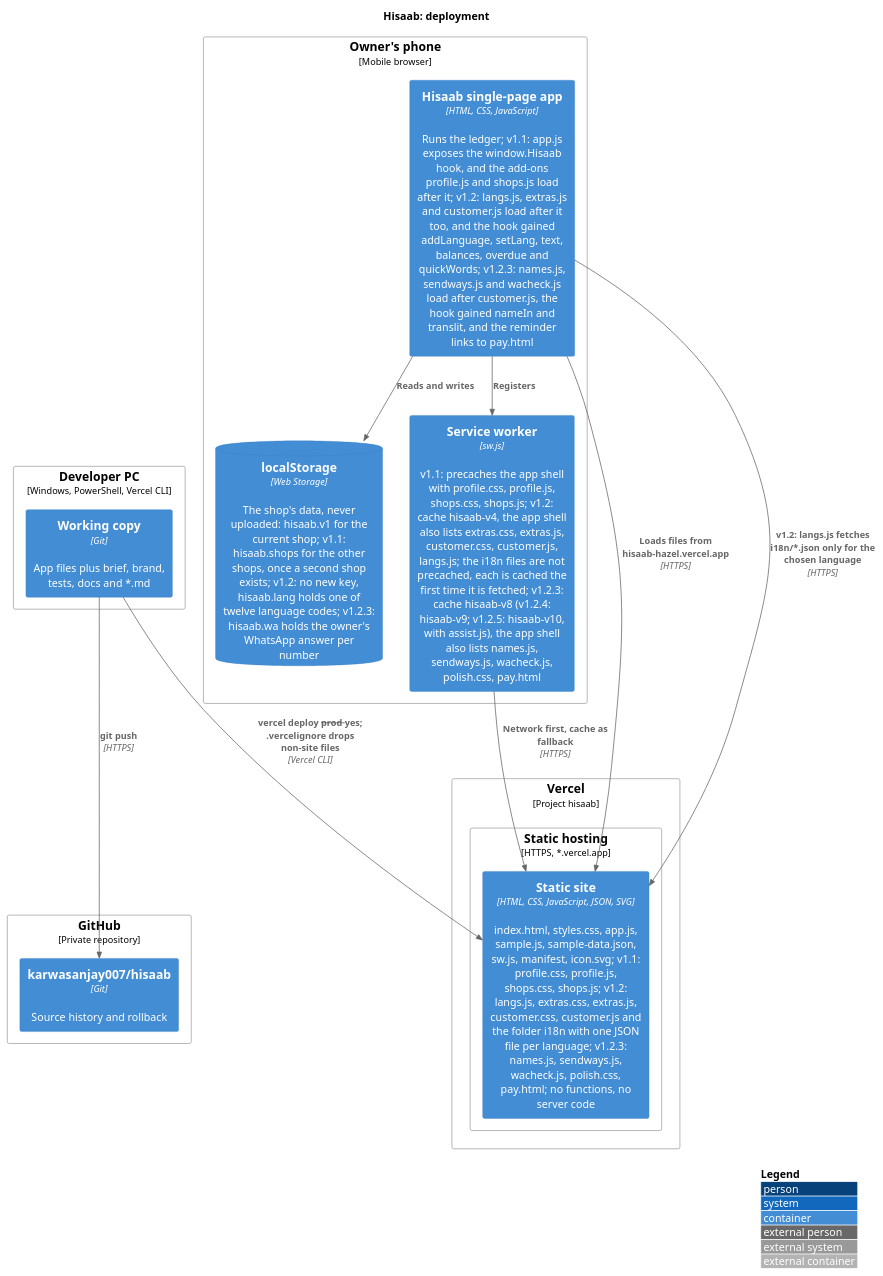
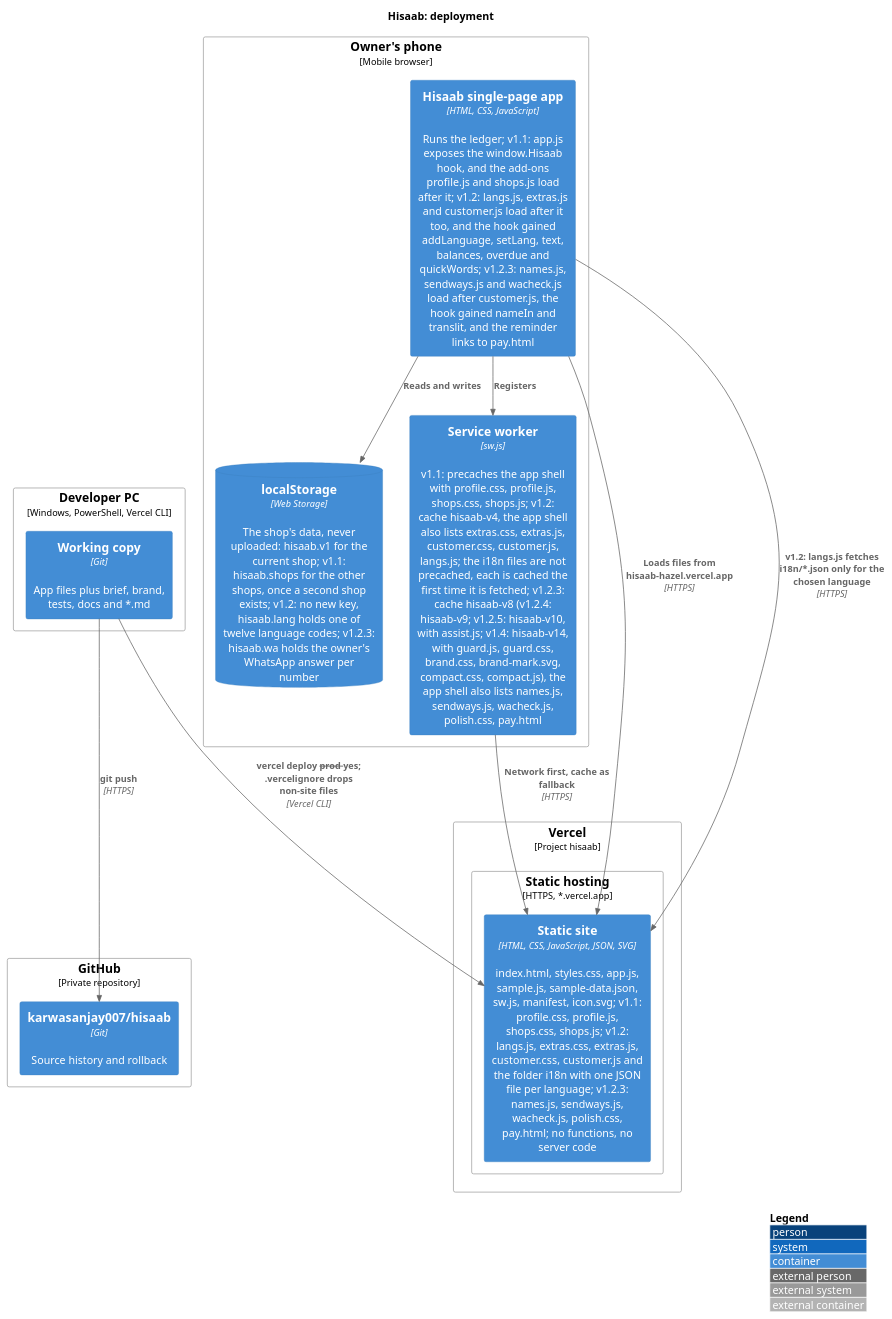
Before and after one commit to karwasanjay007/hisaab-docs: the diagram in docs/diagrams/deployment.puml, drawn with PlantUML. The commit also changed 31 other files, not shown here.

Commit message:
Version 1.4.0.0: documents brought up to the live version (guard, brand with no green, whole rupees, the phone layout); evidence

```diff
--- a/docs/diagrams/deployment.puml
+++ b/docs/diagrams/deployment.puml
@@ -1,31 +1,31 @@
 @startuml deployment
 !include <C4/C4_Deployment>
 title Hisaab: deployment
 
 Deployment_Node(dev, "Developer PC", "Windows, PowerShell, Vercel CLI") {
   Container(src, "Working copy", "Git", "App files plus brief, brand, tests, docs and *.md")
 }
 Deployment_Node(gh, "GitHub", "Private repository") {
   Container(repo, "karwasanjay007/hisaab", "Git", "Source history and rollback")
 }
 Deployment_Node(vc, "Vercel", "Project hisaab") {
   Deployment_Node(edge, "Static hosting", "HTTPS, *.vercel.app") {
     Container(site, "Static site", "HTML, CSS, JavaScript, JSON, SVG", "index.html, styles.css, app.js, sample.js, sample-data.json, sw.js, manifest, icon.svg; v1.1: profile.css, profile.js, shops.css, shops.js; v1.2: langs.js, extras.css, extras.js, customer.css, customer.js and the folder i18n with one JSON file per language; v1.2.3: names.js, sendways.js, wacheck.js, polish.css, pay.html; no functions, no server code")
   }
 }
 Deployment_Node(phone, "Owner's phone", "Mobile browser") {
   Container(app, "Hisaab single-page app", "HTML, CSS, JavaScript", "Runs the ledger; v1.1: app.js exposes the window.Hisaab hook, and the add-ons profile.js and shops.js load after it; v1.2: langs.js, extras.js and customer.js load after it too, and the hook gained addLanguage, setLang, text, balances, overdue and quickWords; v1.2.3: names.js, sendways.js and wacheck.js load after customer.js, the hook gained nameIn and translit, and the reminder links to pay.html")
   ContainerDb(store, "localStorage", "Web Storage", "The shop's data, never uploaded: hisaab.v1 for the current shop; v1.1: hisaab.shops for the other shops, once a second shop exists; v1.2: no new key, hisaab.lang holds one of twelve language codes; v1.2.3: hisaab.wa holds the owner's WhatsApp answer per number")
-  Container(swk, "Service worker", "sw.js", "v1.1: precaches the app shell with profile.css, profile.js, shops.css, shops.js; v1.2: cache hisaab-v4, the app shell also lists extras.css, extras.js, customer.css, customer.js, langs.js; the i18n files are not precached, each is cached the first time it is fetched; v1.2.3: cache hisaab-v8 (v1.2.4: hisaab-v9; v1.2.5: hisaab-v10, with assist.js), the app shell also lists names.js, sendways.js, wacheck.js, polish.css, pay.html")
+  Container(swk, "Service worker", "sw.js", "v1.1: precaches the app shell with profile.css, profile.js, shops.css, shops.js; v1.2: cache hisaab-v4, the app shell also lists extras.css, extras.js, customer.css, customer.js, langs.js; the i18n files are not precached, each is cached the first time it is fetched; v1.2.3: cache hisaab-v8 (v1.2.4: hisaab-v9; v1.2.5: hisaab-v10, with assist.js; v1.4: hisaab-v14, with guard.js, guard.css, brand.css, brand-mark.svg, compact.css, compact.js), the app shell also lists names.js, sendways.js, wacheck.js, polish.css, pay.html")
 }
 
 Rel(src, repo, "git push", "HTTPS")
 Rel(src, site, "vercel deploy --prod --yes; .vercelignore drops non-site files", "Vercel CLI")
 Rel(app, site, "Loads files from hisaab-hazel.vercel.app", "HTTPS")
 Rel(app, site, "v1.2: langs.js fetches i18n/*.json only for the chosen language", "HTTPS")
 Rel(app, store, "Reads and writes")
 Rel(app, swk, "Registers")
 Rel(swk, site, "Network first, cache as fallback", "HTTPS")
 
 LAYOUT_WITH_LEGEND()
 @enduml
```
